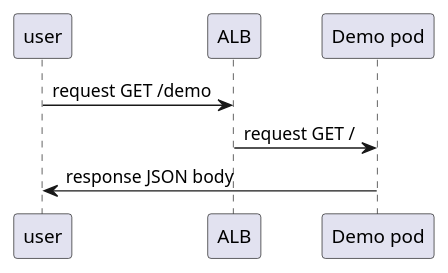
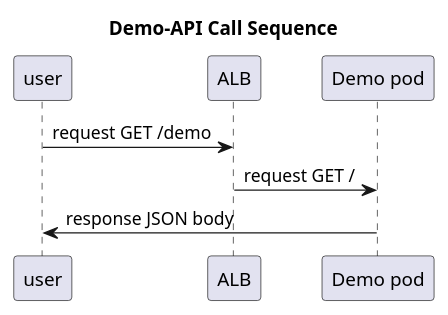
The diagram in docs/diagrams/src/call sequence.puml (phclark/k8s-demo), drawn with PlantUML before and after one commit. The commit also changed 11 other files, not shown here.

```diff
--- a/docs/diagrams/src/call sequence.puml
+++ b/docs/diagrams/src/call sequence.puml
@@ -1,5 +1,6 @@
-@startuml call_sequence
+@startuml call-sequence
+title Demo-API Call Sequence
 user -> ALB: request GET /demo
 ALB -> "Demo pod": request GET /
 "Demo pod" -> user: response JSON body
 @enduml
```
